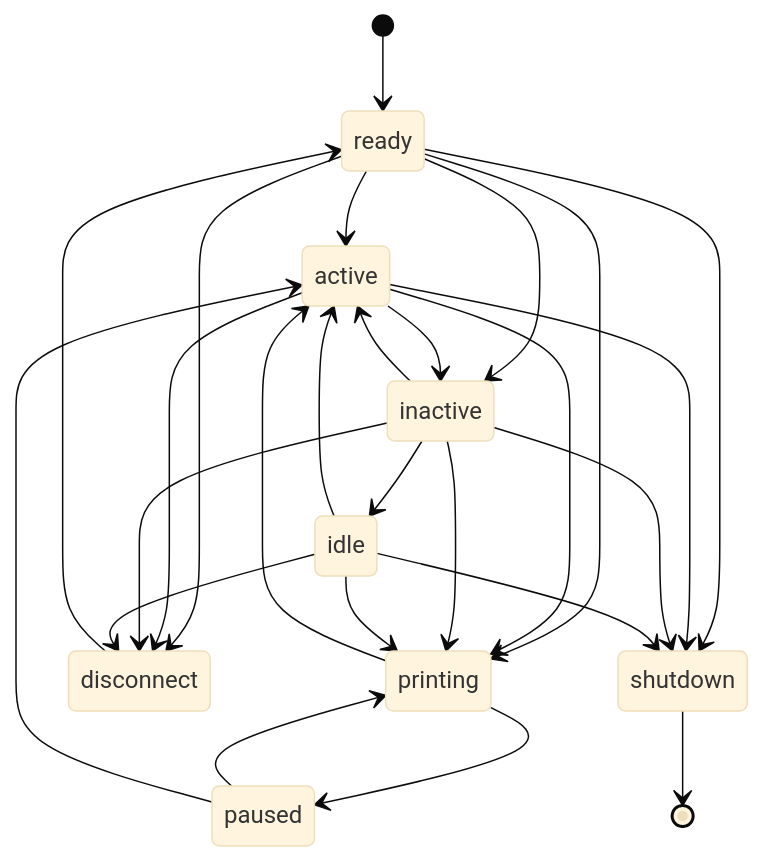
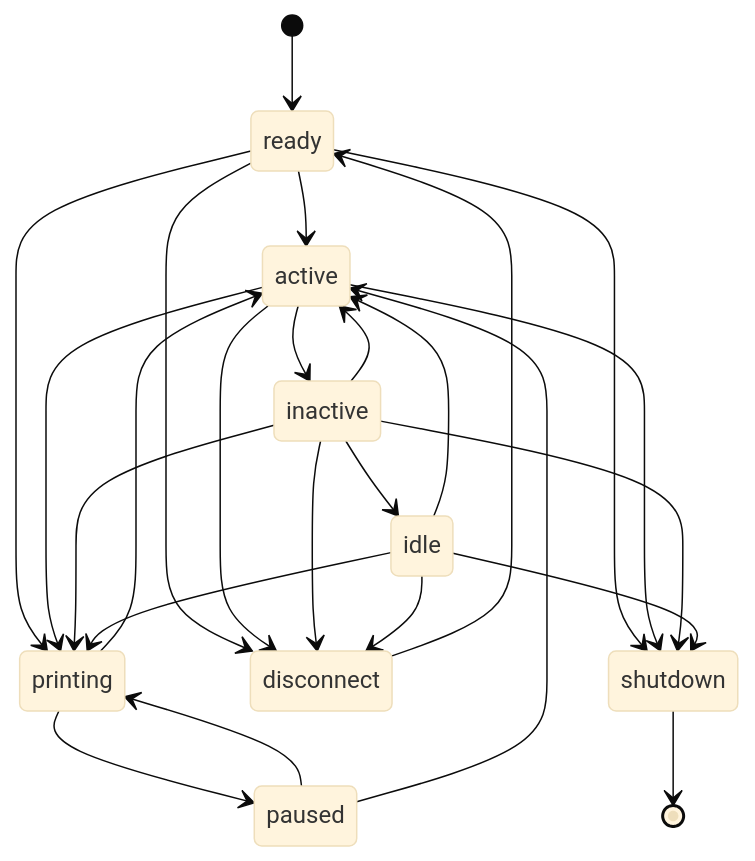
The diagram in state_notify/README.md (voidtrance/voron-klipper-extensions), drawn with Mermaid (base theme) before and after one commit. The commit also changed 1 other file, not shown here.

First paragraph of the commit message:
[state_notify] Correctly handle initial transition from "Ready"
Commit 54d34cc ("Handle a corners case for a transition to "active"
state") added a toolhead sync handler to handle a supposed corner case
that misses a transition to `active` state on initial printer startup.

````diff
--- a/state_notify/README.md
+++ b/state_notify/README.md
@@ -43,28 +43,27 @@
 ```mermaid
 stateDiagram-v2
    [*]-->ready
    ready-->active
    ready-->printing
-   ready-->inactive
    ready-->disconnect
    ready-->shutdown
    active-->inactive
    active-->disconnect
    active-->shutdown
    active-->printing
    printing-->paused
    printing-->active
    paused-->printing
    paused-->active
    inactive-->active
    inactive-->printing
    inactive-->idle
    inactive-->disconnect
    inactive-->shutdown
    idle-->active
    idle-->printing
    idle-->disconnect
    idle-->shutdown
    disconnect-->ready
    shutdown-->[*]
 ```
````
